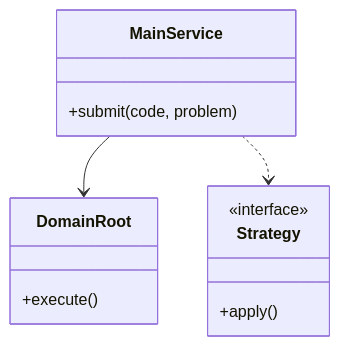
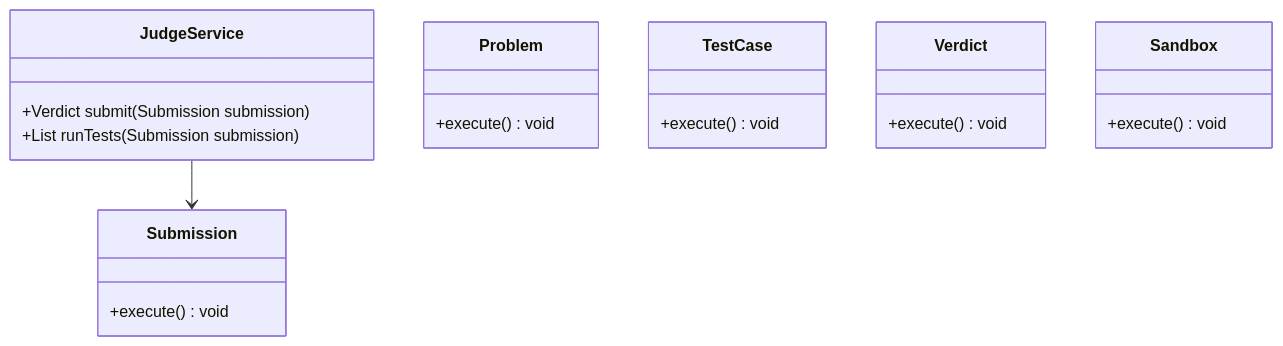
Before and after one commit to madhupaila/Interview-Prep-SSE: the first of 3 diagrams in Learn/System Design - Low Level Design/02-classic-ood/questions/Q61-online-judge.md, drawn with Mermaid. The commit also changed other lines of this file and 491 other files, not shown here.

````diff
--- a/Learn/System Design - Low Level Design/02-classic-ood/questions/Q61-online-judge.md
+++ b/Learn/System Design - Low Level Design/02-classic-ood/questions/Q61-online-judge.md
@@ -75,15 +93,23 @@
 ```mermaid
 classDiagram
-    class MainService {
-        +submit(code, problem)
+    class JudgeService {
+        +Verdict submit(Submission submission)
+        +List<TestResult> runTests(Submission submission)
     }
-    class DomainRoot {
-        +execute()
+    class Submission {
+        +execute() void
     }
-    class Strategy {
-        <<interface>>
-        +apply()
+    class Problem {
+        +execute() void
     }
-    MainService --> DomainRoot
-    MainService ..> Strategy
+    class TestCase {
+        +execute() void
+    }
+    class Verdict {
+        +execute() void
+    }
+    class Sandbox {
+        +execute() void
+    }
+    JudgeService --> Submission
 ```
````
